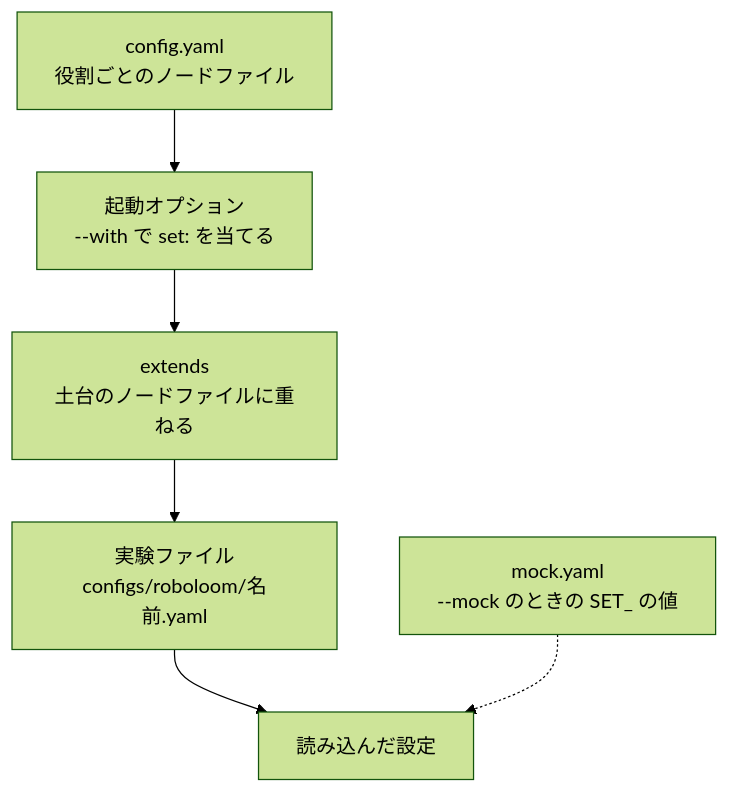
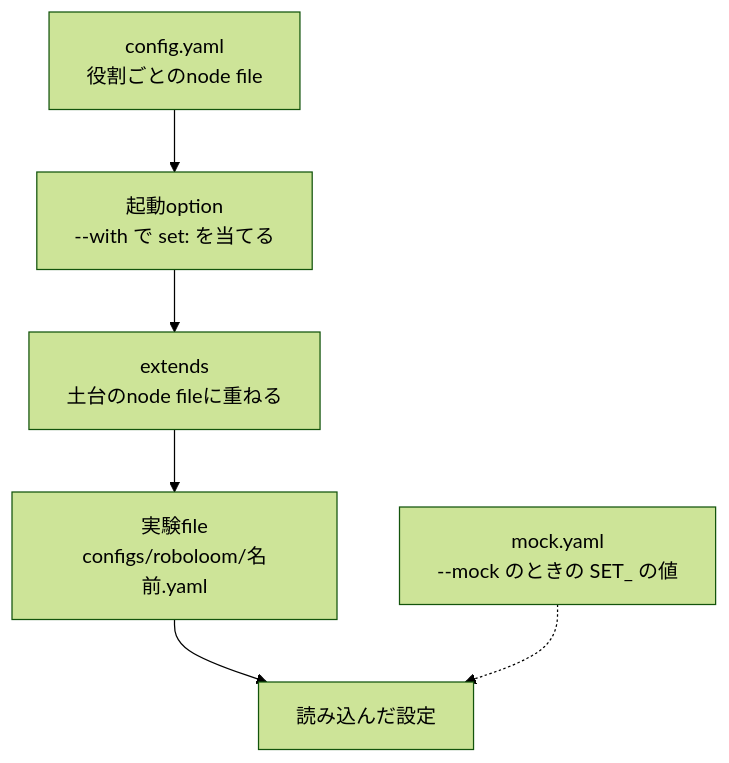
One commit to tetsugo02/roboloom changed the second of 4 diagrams in docs/ja/get-started/concepts.md. Above: the diagram before and after it, drawn with Mermaid (forest theme). The commit also changed other lines of this file and 74 other files, not shown here.

````diff
--- a/docs/ja/get-started/concepts.md
+++ b/docs/ja/get-started/concepts.md
@@ -39,8 +39,8 @@
 ```mermaid
 flowchart TB
-  A["config.yaml<br/>役割ごとのノードファイル"] --> B["起動オプション<br/>--with で set: を当てる"]
-  B --> C["extends<br/>土台のノードファイルに重ねる"]
-  C --> D["実験ファイル<br/>configs/roboloom/名前.yaml"]
+  A["config.yaml<br/>役割ごとのnode file"] --> B["起動option<br/>--with で set: を当てる"]
+  B --> C["extends<br/>土台のnode fileに重ねる"]
+  C --> D["実験file<br/>configs/roboloom/名前.yaml"]
   D --> E["読み込んだ設定"]
   M["mock.yaml<br/>--mock のときの SET_ の値"] -.-> E
 ```
````
